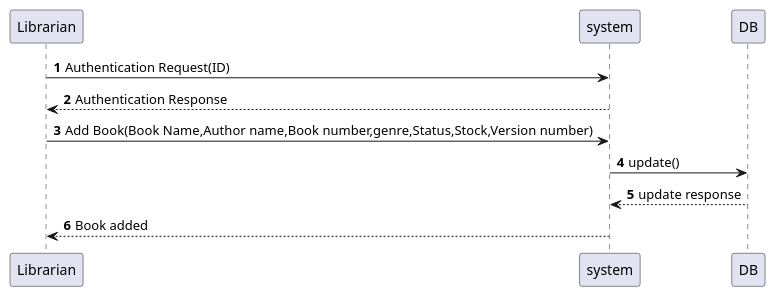
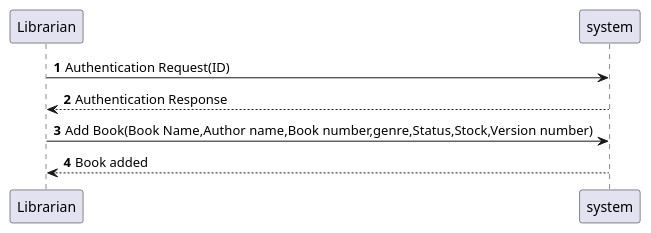
The diagram in diagrams/LoginSSD.puml (SalmaAzeem/library-system), drawn with PlantUML before and after one commit. The commit also changed 1 other file, not shown here.

Commit message:
Diagrams

```diff
--- a/diagrams/LoginSSD.puml
+++ b/diagrams/LoginSSD.puml
@@ -1,11 +1,9 @@
 @startuml
 autonumber
 Librarian->system : Authentication Request(ID)
 system --> Librarian: Authentication Response
 Librarian -> system : Add Book(Book Name,Author name,Book number,genre,Status,Stock,Version number)
-system -> DB: update()
-DB --> system: update response
 system --> Librarian : Book added
 
 
 @enduml
```
